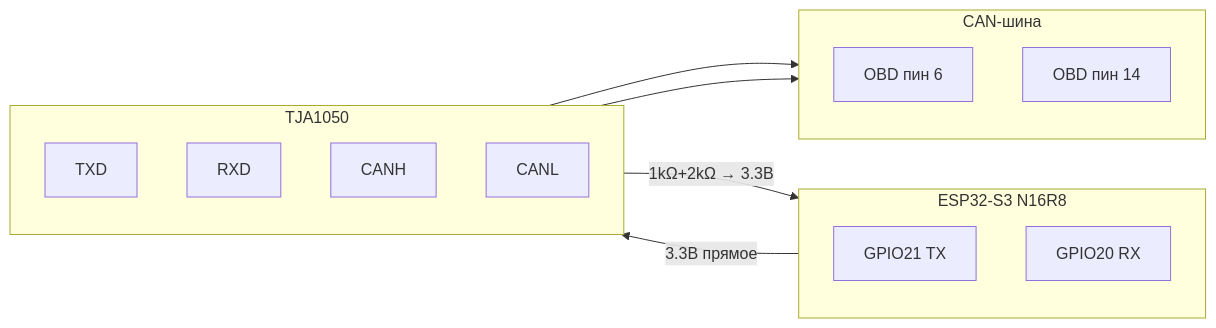
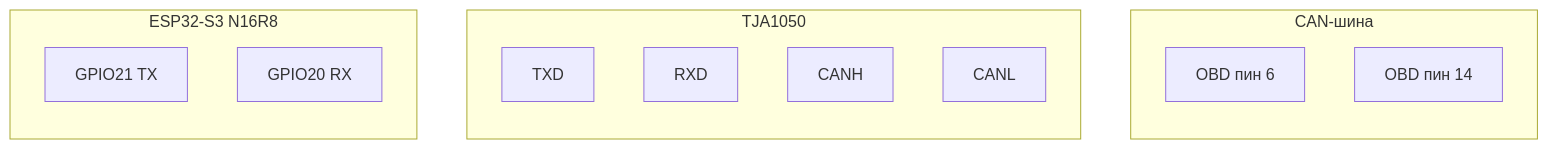
The second of 3 diagrams in README.md (avtotor/can2wifi_esp32s3), drawn with Mermaid before and after one commit.

Commit message:
docs: test diagram layout without connections

````diff
--- a/README.md
+++ b/README.md
@@ -30,28 +30,25 @@
 ```mermaid
 flowchart LR
     subgraph ESP ["ESP32-S3 N16R8"]
         direction TB
         TX["GPIO21 TX"]
         RX["GPIO20 RX"]
     end
 
     subgraph TJA ["TJA1050"]
         direction TB
         TXD["TXD"]
         RXD["RXD"]
         CANH["CANH"]
         CANL["CANL"]
     end
 
     subgraph CAN ["CAN-шина"]
         direction TB
         P6["OBD пин 6"]
         P14["OBD пин 14"]
     end
 
-    ESP ~~~ TJA ~~~ CAN
-    TX -->|"3.3В прямое"| TXD
-    RXD -->|"1kΩ+2kΩ → 3.3В"| RX
-    CANH --> P6
-    CANL --> P14
+    ESP ~~~ TJA
+    TJA ~~~ CAN
 ```
````
